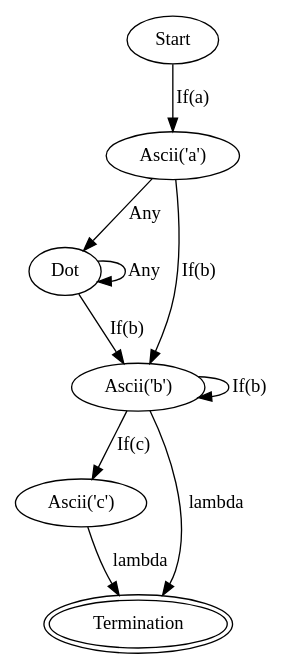
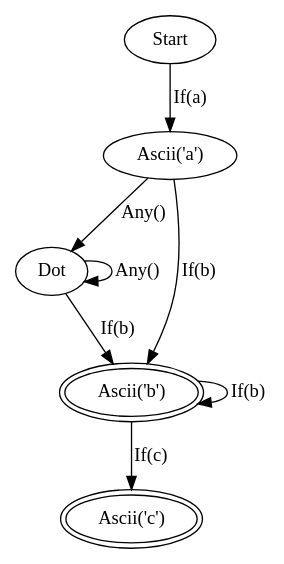
Before and after one commit to kerfmanner/Regex_FSM: the diagram in examples/pattern6.dot, drawn with Graphviz. The commit also changed 14 other files, not shown here.

```diff
--- a/examples/pattern6.dot
+++ b/examples/pattern6.dot
@@ -1,17 +1,14 @@
 digraph FSM {
 node0 [label="Start"];
 node0 -> node1 [label="If(a)"];
 node1 [label="Ascii('a')"];
-node1 -> node2 [label="Any"];
+node1 -> node2 [label="Any()"];
 node1 -> node3 [label="If(b)"];
 node2 [label="Dot"];
-node2 -> node2 [label="Any"];
+node2 -> node2 [label="Any()"];
 node2 -> node3 [label="If(b)"];
-node3 [label="Ascii('b')"];
+node3 [label="Ascii('b')", peripheries=2];
 node3 -> node3 [label="If(b)"];
 node3 -> node4 [label="If(c)"];
-node3 -> node5 [label="lambda"];
-node4 [label="Ascii('c')"];
-node4 -> node5 [label="lambda"];
-node5 [label="Termination", peripheries=2];
+node4 [label="Ascii('c')", peripheries=2];
 }
```
